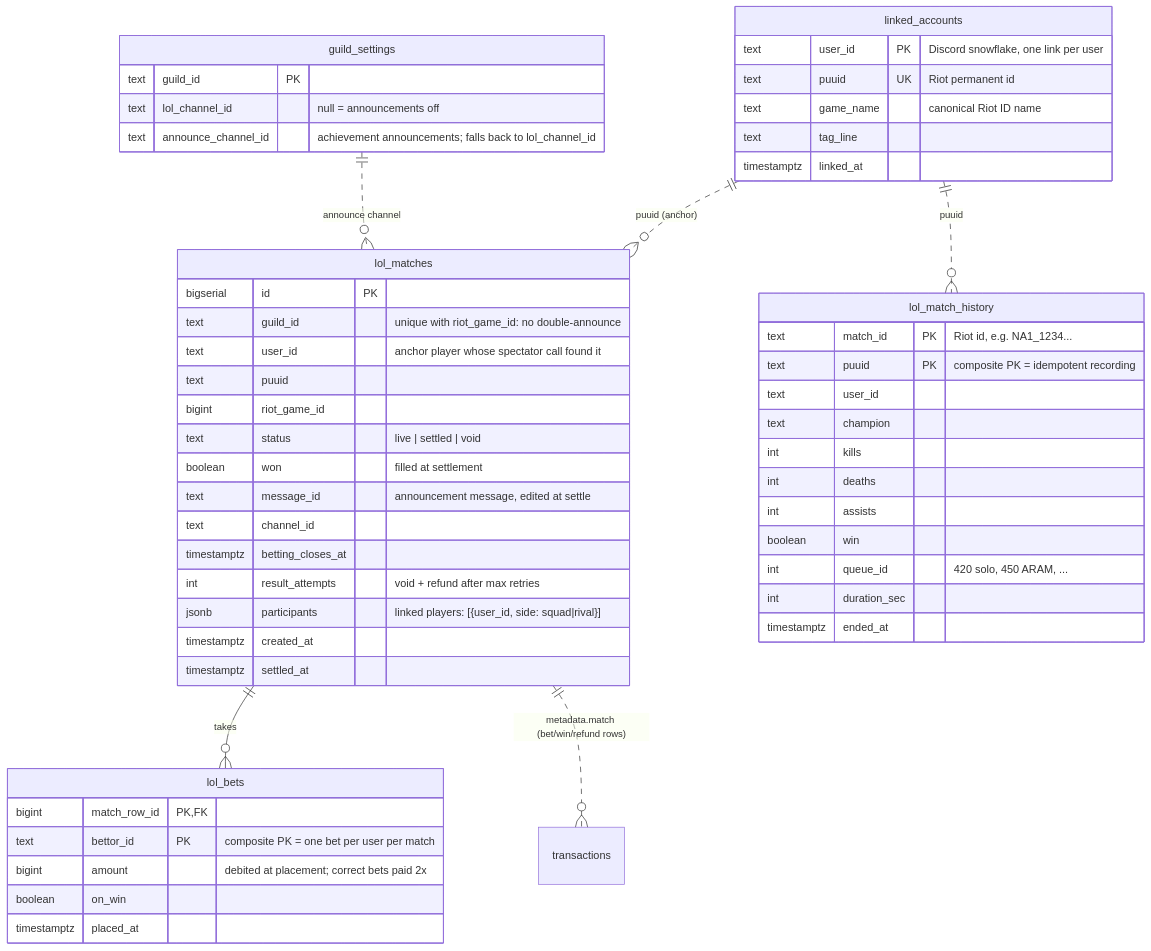
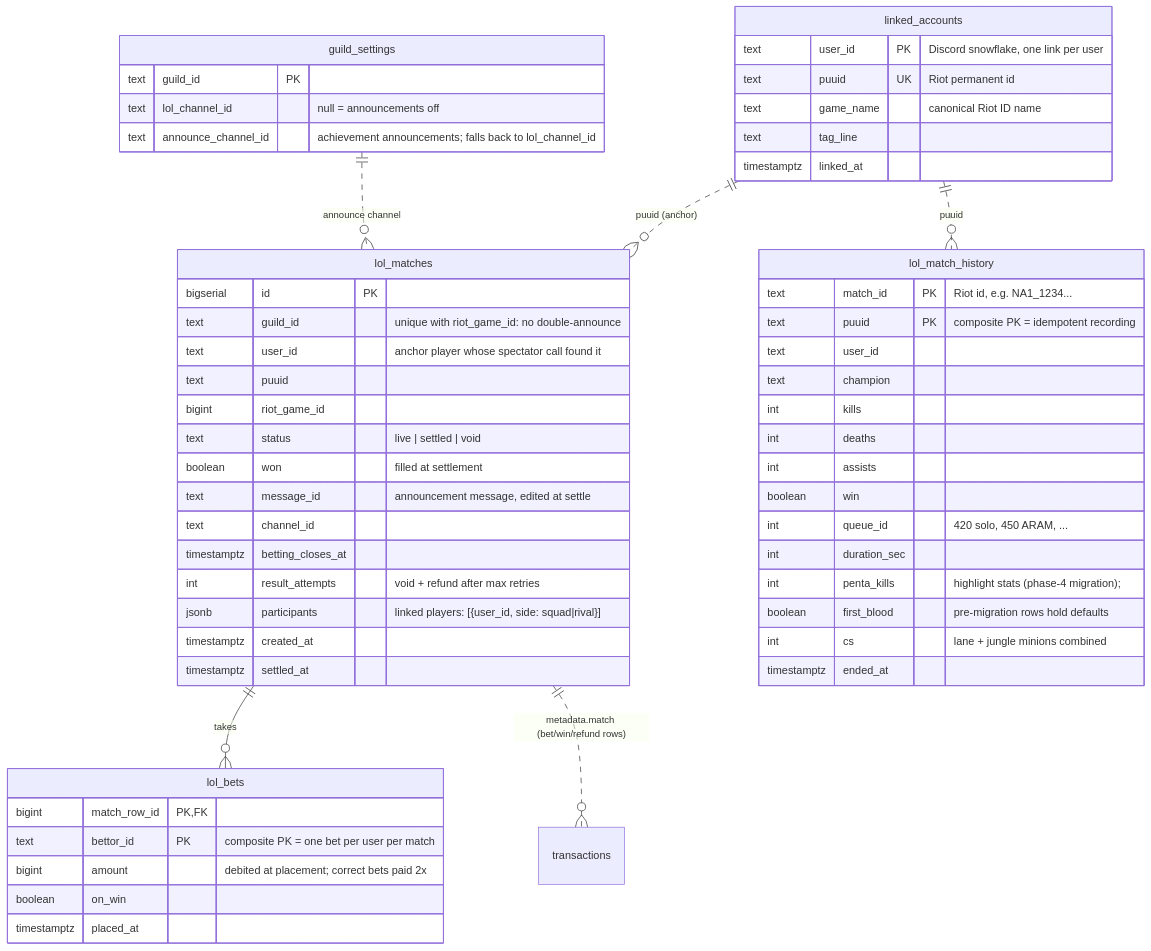
One commit to clara14/raymond-discord-app changed the third of 5 diagrams in docs/DATABASE.md. Above: the diagram before and after it, drawn with Mermaid. The commit also changed 10 other files, not shown here.

First line of the commit message:
feat: achievements phase 4 — LoL highlight stats + quiet first sweep

````diff
--- a/docs/DATABASE.md
+++ b/docs/DATABASE.md
@@ -143,57 +143,60 @@
 ```mermaid
 erDiagram
     linked_accounts {
         text user_id PK "Discord snowflake, one link per user"
         text puuid UK "Riot permanent id"
         text game_name "canonical Riot ID name"
         text tag_line
         timestamptz linked_at
     }
     guild_settings {
         text guild_id PK
         text lol_channel_id "null = announcements off"
         text announce_channel_id "achievement announcements; falls back to lol_channel_id"
     }
     lol_matches {
         bigserial id PK
         text guild_id "unique with riot_game_id: no double-announce"
         text user_id "anchor player whose spectator call found it"
         text puuid
         bigint riot_game_id
         text status "live | settled | void"
         boolean won "filled at settlement"
         text message_id "announcement message, edited at settle"
         text channel_id
         timestamptz betting_closes_at
         int result_attempts "void + refund after max retries"
         jsonb participants "linked players: [{user_id, side: squad|rival}]"
         timestamptz created_at
         timestamptz settled_at
     }
     lol_bets {
         bigint match_row_id PK, FK
         text bettor_id PK "composite PK = one bet per user per match"
         bigint amount "debited at placement; correct bets paid 2x"
         boolean on_win
         timestamptz placed_at
     }
     lol_match_history {
         text match_id PK "Riot id, e.g. NA1_1234..."
         text puuid PK "composite PK = idempotent recording"
         text user_id
         text champion
         int kills
         int deaths
         int assists
         boolean win
         int queue_id "420 solo, 450 ARAM, ..."
         int duration_sec
+        int penta_kills "highlight stats (phase-4 migration);"
+        boolean first_blood "pre-migration rows hold defaults"
+        int cs "lane + jungle minions combined"
         timestamptz ended_at
     }
 
     lol_matches ||--o{ lol_bets : "takes"
     linked_accounts ||..o{ lol_matches : "puuid (anchor)"
     linked_accounts ||..o{ lol_match_history : "puuid"
     guild_settings ||..o{ lol_matches : "announce channel"
     lol_matches ||..o{ transactions : "metadata.match (bet/win/refund rows)"
 ```
````
